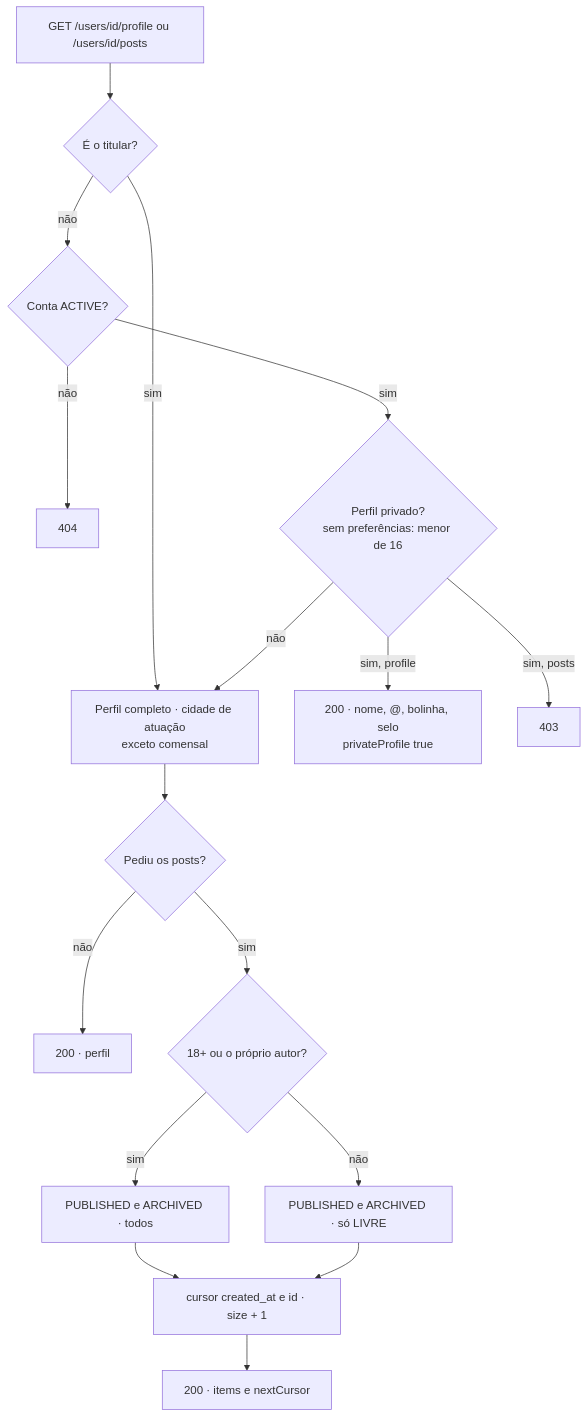
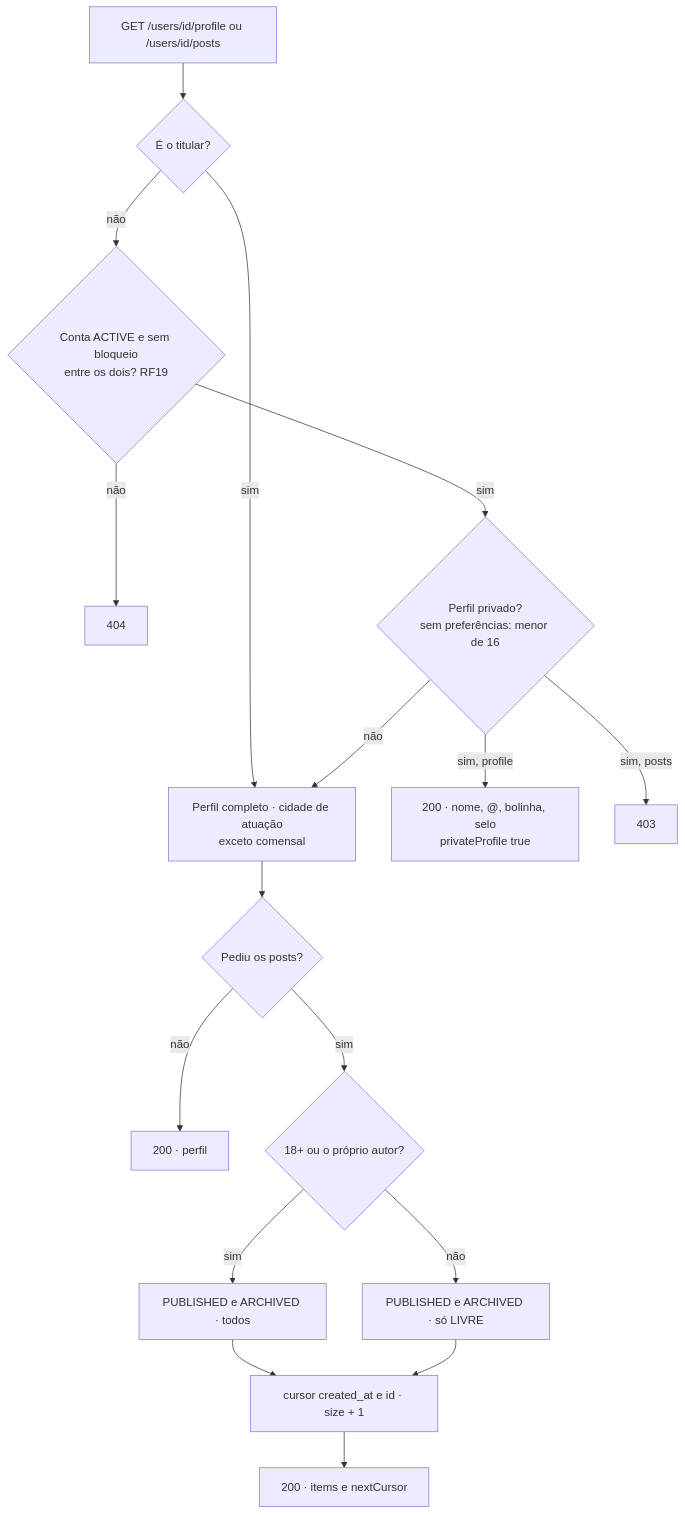
Before and after one commit to MatheusHaliski/Friendly-Eats: the first of 2 diagrams in docs/RF15/atividades.md, drawn with Mermaid. The commit also changed other lines of this file and 90 other files, not shown here.

````diff
--- a/docs/RF15/atividades.md
+++ b/docs/RF15/atividades.md
@@ -5,18 +5,18 @@
 ```mermaid
 flowchart TD
     G[GET /users/id/profile ou /users/id/posts] --> T{É o titular?}
     T -- sim --> FULL
-    T -- não --> A{Conta ACTIVE?}
+    T -- não --> A{Conta ACTIVE e sem bloqueio<br/>entre os dois? RF19}
     A -- não --> N404[404]
     A -- sim --> P{Perfil privado?<br/>sem preferências: menor de 16}
     P -- sim, profile --> MIN[200 · nome, @, bolinha, selo<br/>privateProfile true]
     P -- sim, posts --> N403[403]
     P -- não --> FULL[Perfil completo · cidade de atuação<br/>exceto comensal]
     FULL --> PO{Pediu os posts?}
     PO -- não --> OK1[200 · perfil]
     PO -- sim --> AG{18+ ou o próprio autor?}
     AG -- sim --> ALL[PUBLISHED e ARCHIVED · todos]
     AG -- não --> LV[PUBLISHED e ARCHIVED · só LIVRE]
     ALL & LV --> PG[cursor created_at e id · size + 1]
     PG --> OK2[200 · items e nextCursor]
 ```
````
